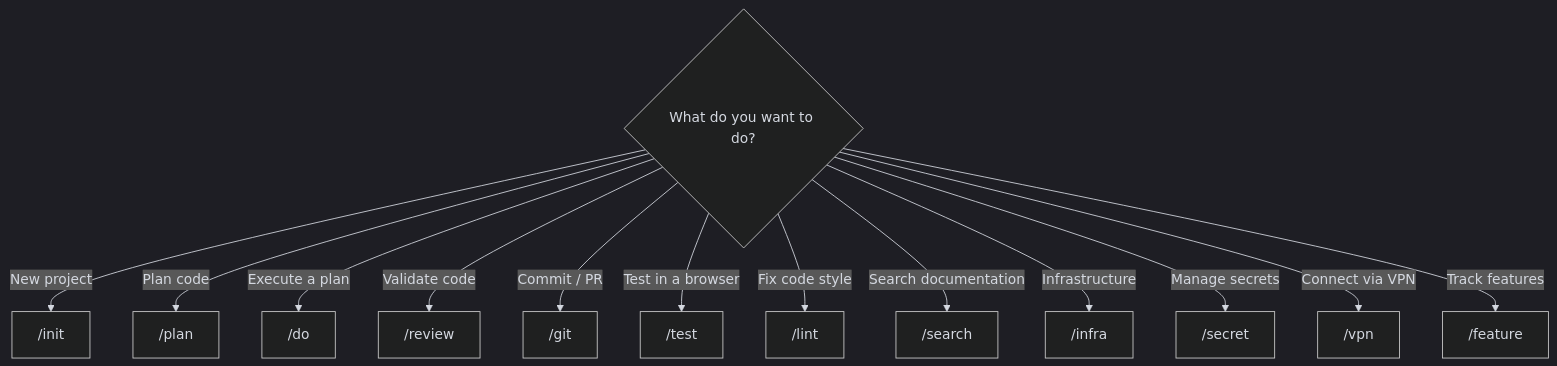
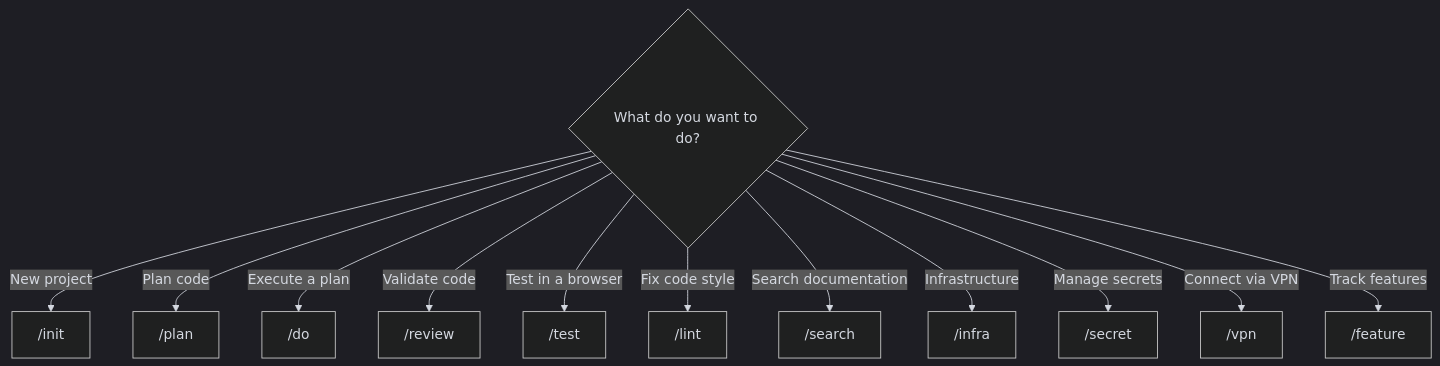
The diagram in docs/commands/README.md (kodflow/3gpp-mcp), drawn with Mermaid before and after one commit. The commit also changed other lines of this file and 12 other files, not shown here.

````diff
--- a/docs/commands/README.md
+++ b/docs/commands/README.md
@@ -7,23 +7,22 @@
 ```mermaid
 %%{init: {'theme': 'dark', 'themeVariables': {
   'primaryColor': '#9D76FB1a',
   'primaryBorderColor': '#9D76FB',
   'primaryTextColor': '#d4d8e0',
   'lineColor': '#d4d8e0',
   'textColor': '#d4d8e0'
 }}}%%
 flowchart TD
     Q{What do you want to do?}
     Q -->|New project| A["/init"]
     Q -->|Plan code| B["/plan"]
     Q -->|Execute a plan| C["/do"]
     Q -->|Validate code| D["/review"]
-    Q -->|Commit / PR| E["/git"]
     Q -->|Test in a browser| F["/test"]
     Q -->|Fix code style| G["/lint"]
     Q -->|Search documentation| H["/search"]
     Q -->|Infrastructure| J["/infra"]
     Q -->|Manage secrets| K["/secret"]
     Q -->|Connect via VPN| L["/vpn"]
     Q -->|Track features| M["/feature"]
 ```
````
